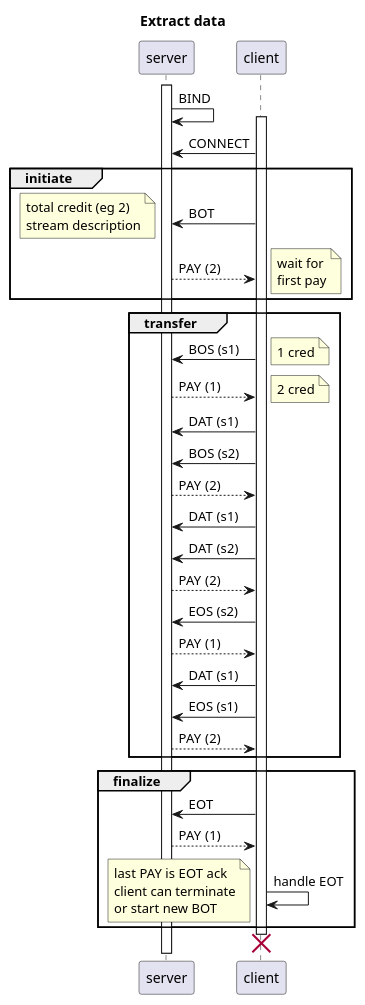
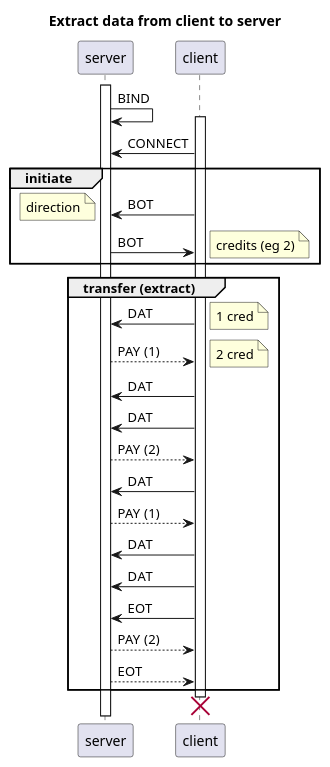
Before and after one commit to brettviren/zio: the diagram in docs/flow-extract.plantuml, drawn with PlantUML. The commit also changed 5 other files, not shown here.

```diff
--- a/docs/flow-extract.plantuml
+++ b/docs/flow-extract.plantuml
@@ -1,51 +1,38 @@
 @startuml
-title Extract data
+title Extract data from client to server
 activate server
         server -> server: BIND
         activate client
                 client -> server : CONNECT
                 group initiate
                         client -> server : BOT
                         note left
-                                total credit (eg 2)
-                                stream description
+                                direction
                         end note
-                        server --> client : PAY (2)
+                        server -> client : BOT
                         note right
-                                wait for
-                                first pay
+                                credits (eg 2)
                         end note
                 end
-                group transfer
-                        client  -> server : BOS (s1)
+                group transfer (extract)
+                        client  -> server : DAT
                         note right
                                 1 cred
                         end note
                         server --> client : PAY (1)
                         note right
                                 2 cred
                         end note
-                        client  -> server : DAT (s1)
-                        client  -> server : BOS (s2)
+                        client  -> server : DAT
+                        client  -> server : DAT
                         server --> client : PAY (2)
-                        client  -> server : DAT (s1)
-                        client  -> server : DAT (s2)
+                        client  -> server : DAT
+                        server --> client : PAY (1)
+                        client  -> server : DAT
+                        client  -> server : DAT
+                        client -> server : EOT
                         server --> client : PAY (2)
-                        client  -> server : EOS (s2)
-                        server --> client : PAY (1)
-                        client  -> server : DAT (s1)
-                        client  -> server : EOS (s1)
-                        server --> client : PAY (2)
-                end
-                group finalize
-                        client -> server : EOT
-                        server --> client : PAY (1)
-                        client -> client : handle EOT
-                        note left
-                                last PAY is EOT ack
-                                client can terminate
-                                or start new BOT
-                        end note
+                        server --> client : EOT
                 end
                 destroy client
                 @enduml
```
